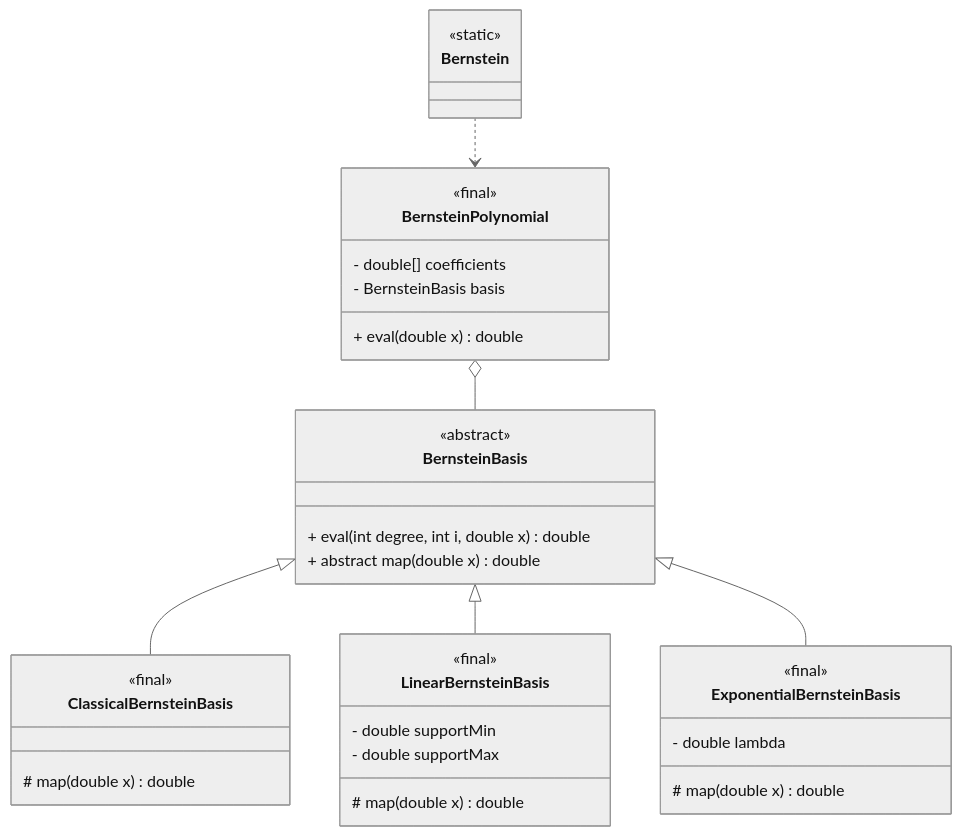
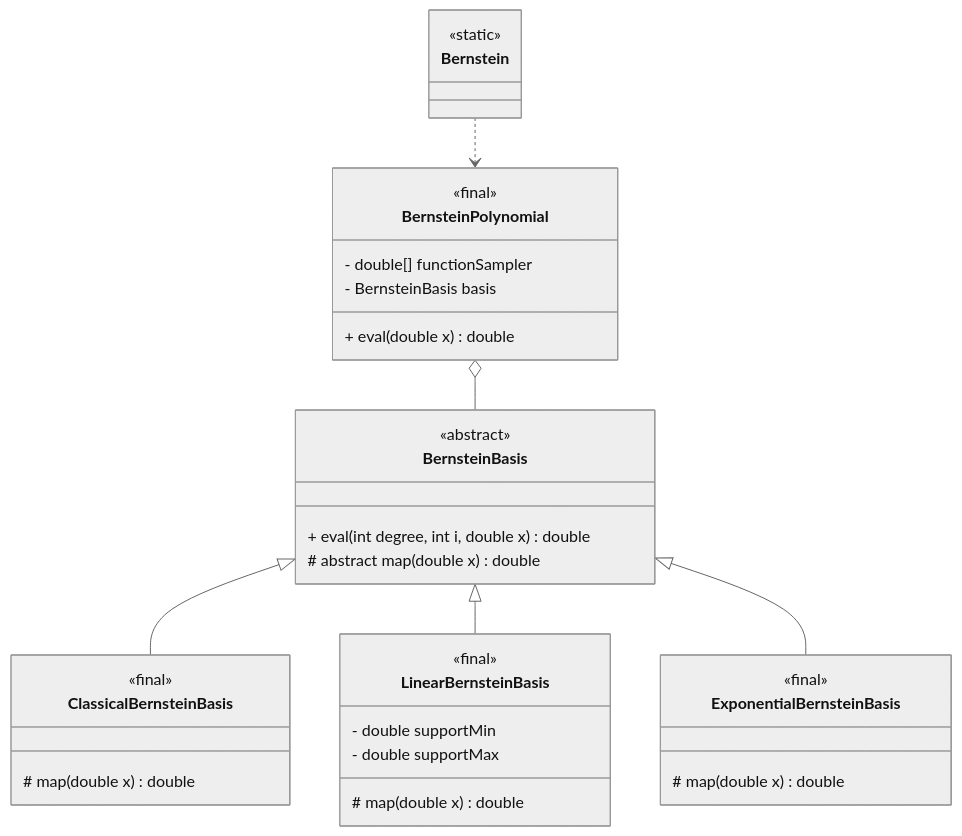
Before and after one commit to edoardosarri24/probabilistic-soft-real-time-analysis: the diagram in report/images/2-bernstein/class_diagram.mmd, drawn with Mermaid (neutral theme). The commit also changed 14 other files, not shown here.

```diff
--- a/report/images/2-bernstein/class_diagram.mmd
+++ b/report/images/2-bernstein/class_diagram.mmd
@@ -1,45 +1,44 @@
 
 classDiagram
 
     class Bernstein {
         <<static>>
     }
 
     %% Domain classes
     class BernsteinPolynomial {
         <<final>>
-        - double[] coefficients
+        - double[] functionSampler
         - BernsteinBasis basis
         + eval(double x) double
     }
 
     class BernsteinBasis {
         <<abstract>>
         + eval(int degree, int i, double x) double
-        + abstract map(double x) double
+        # abstract map(double x) double
     }
 
     class ClassicalBernsteinBasis {
         <<final>>
         # map(double x) double
     }
 
     class LinearBernsteinBasis {
         <<final>>
         - double supportMin
         - double supportMax
         # map(double x) double
     }
 
     class ExponentialBernsteinBasis {
         <<final>>
-        - double lambda
         # map(double x) double
     }
 
     %% Relations
     BernsteinPolynomial o-- BernsteinBasis
     BernsteinBasis <|-- ClassicalBernsteinBasis
     BernsteinBasis <|-- LinearBernsteinBasis
     BernsteinBasis <|-- ExponentialBernsteinBasis
     Bernstein ..> BernsteinPolynomial
```
